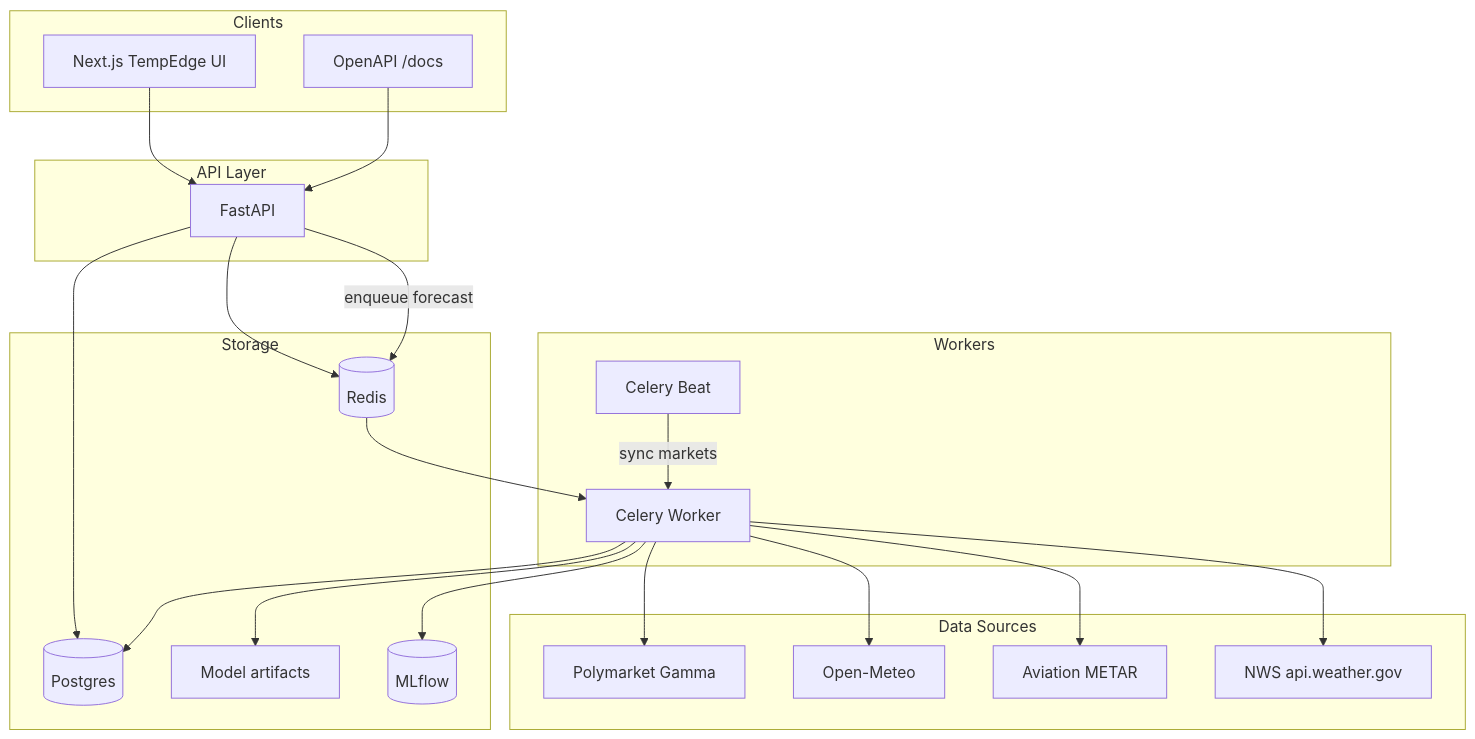
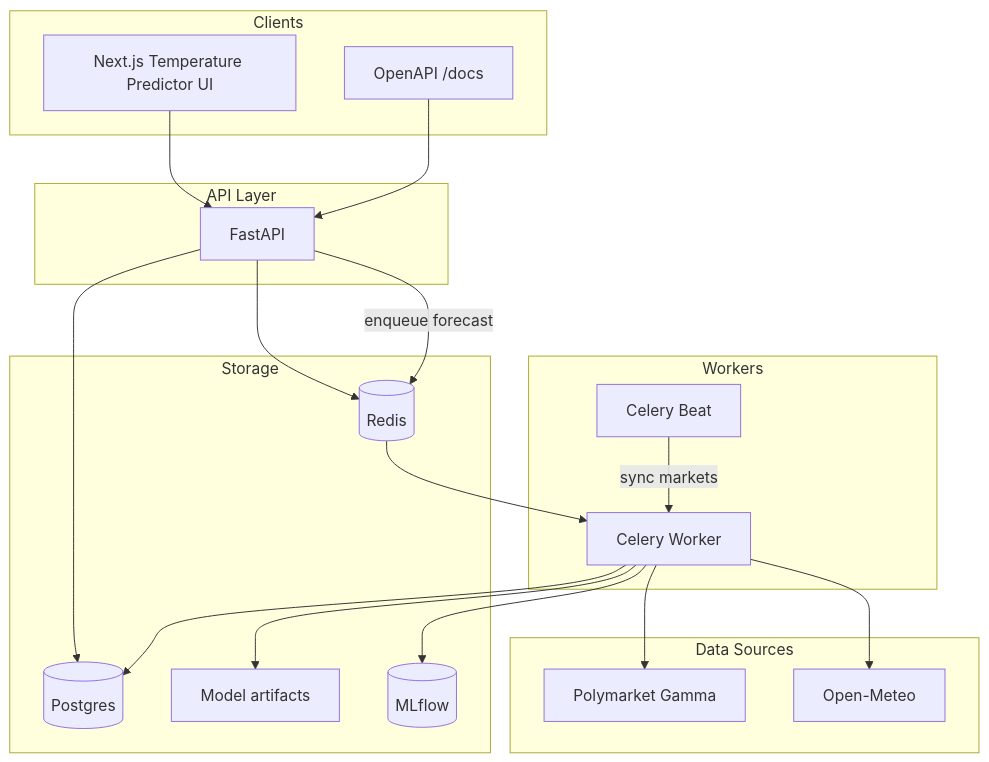
The first of 2 diagrams in README.md (justTej100/temper), drawn with Mermaid before and after one commit. The commit also changed other lines of this file and 35 other files, not shown here.

````diff
--- a/README.md
+++ b/README.md
@@ -24,45 +24,41 @@
 ```mermaid
 flowchart TB
   subgraph clients [Clients]
-    UI[Next.js TempEdge UI]
+    UI[Next.js Temperature Predictor UI]
     Docs[OpenAPI /docs]
   end
 
   subgraph apiLayer [API Layer]
     API[FastAPI]
   end
 
   subgraph workers [Workers]
     Beat[Celery Beat]
     Worker[Celery Worker]
   end
 
   subgraph data [Data Sources]
     Gamma[Polymarket Gamma]
     OM[Open-Meteo]
-    METAR[Aviation METAR]
-    NWS[NWS api.weather.gov]
   end
 
   subgraph store [Storage]
     PG[(Postgres)]
     Redis[(Redis)]
     Artifacts[Model artifacts]
     MLflow[(MLflow)]
   end
 
   UI --> API
   Docs --> API
   API --> PG
   API --> Redis
   Beat -->|sync markets| Worker
   Worker --> Gamma
   Worker --> OM
-  Worker --> METAR
-  Worker --> NWS
   Worker --> PG
   Worker --> Artifacts
   Worker --> MLflow
   API -->|enqueue forecast| Redis
   Redis --> Worker
 ```
````
